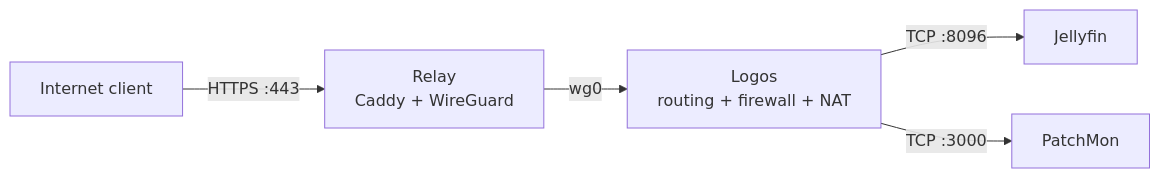
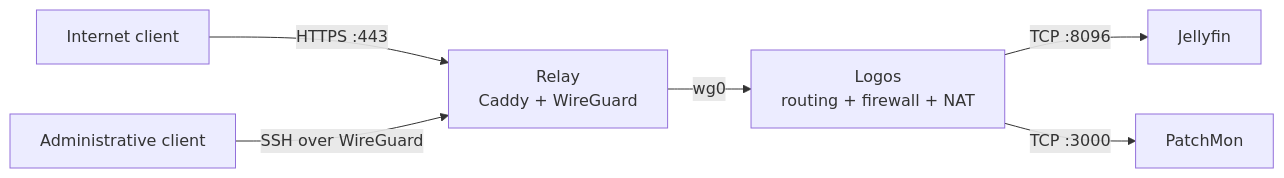
Before and after one commit to kCn3333/homelab: the diagram in docs/relay/relay.md, drawn with Mermaid.

Commit message:
docs: document relay vps

````diff
--- a/docs/relay/relay.md
+++ b/docs/relay/relay.md
@@ -24,7 +24,8 @@
 ```mermaid
 flowchart LR
     client["Internet client"] -->|"HTTPS :443"| relay["Relay<br/>Caddy + WireGuard"]
+    admin["Administrative client"] -->|"SSH over WireGuard"| relay
     relay -->|"wg0"| logos["Logos<br/>routing + firewall + NAT"]
     logos -->|"TCP :8096"| jellyfin["Jellyfin"]
     logos -->|"TCP :3000"| patchmon["PatchMon"]
 ```
````
